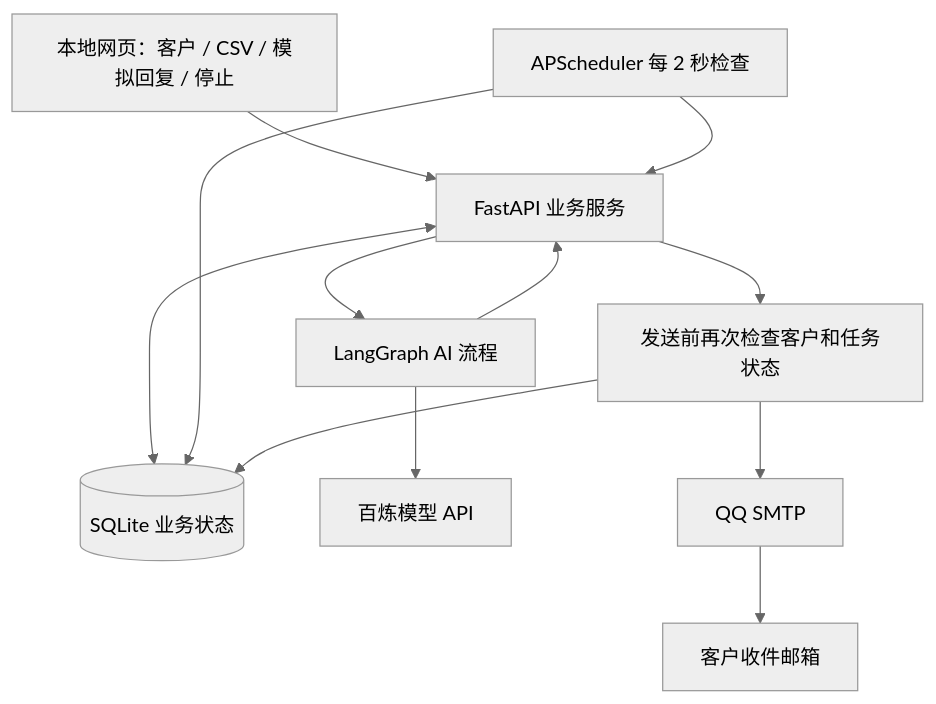
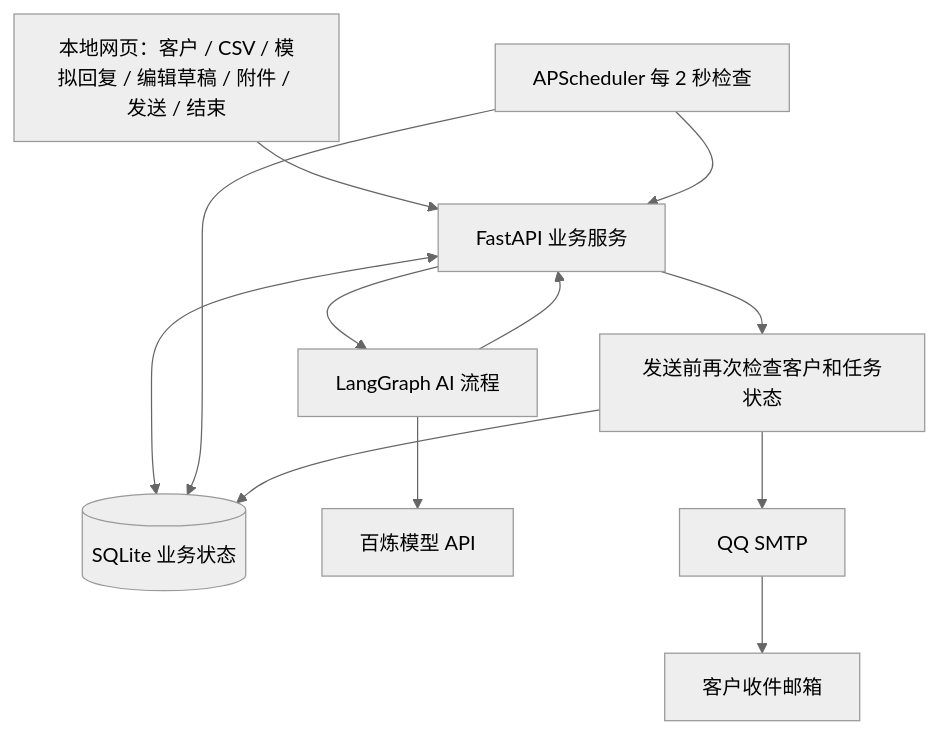
One commit to lzh-zzz/AI-Email-FollowUp changed the diagram in README.md. Above: the diagram before and after it, drawn with Mermaid (neutral theme). The commit also changed other lines of this file and 19 other files, not shown here.

````diff
--- a/README.md
+++ b/README.md
@@ -76,14 +81,14 @@
 ```mermaid
 flowchart TD
-    UI[本地网页：客户 / CSV / 模拟回复 / 停止] --> API[FastAPI 业务服务]
+    UI[本地网页：客户 / CSV / 模拟回复 / 编辑草稿 / 附件 / 发送 / 结束] --> API[FastAPI 业务服务]
     API <--> DB[(SQLite 业务状态)]
     API --> Graph[LangGraph AI 流程]
     Graph --> Bailian[百炼模型 API]
     Graph --> API
     Timer[APScheduler 每 2 秒检查] --> DB
     Timer --> API
     API --> Sender[发送前再次检查客户和任务状态]
     Sender --> SMTP[QQ SMTP]
     SMTP --> Inbox[客户收件邮箱]
     Sender --> DB
 ```
````
